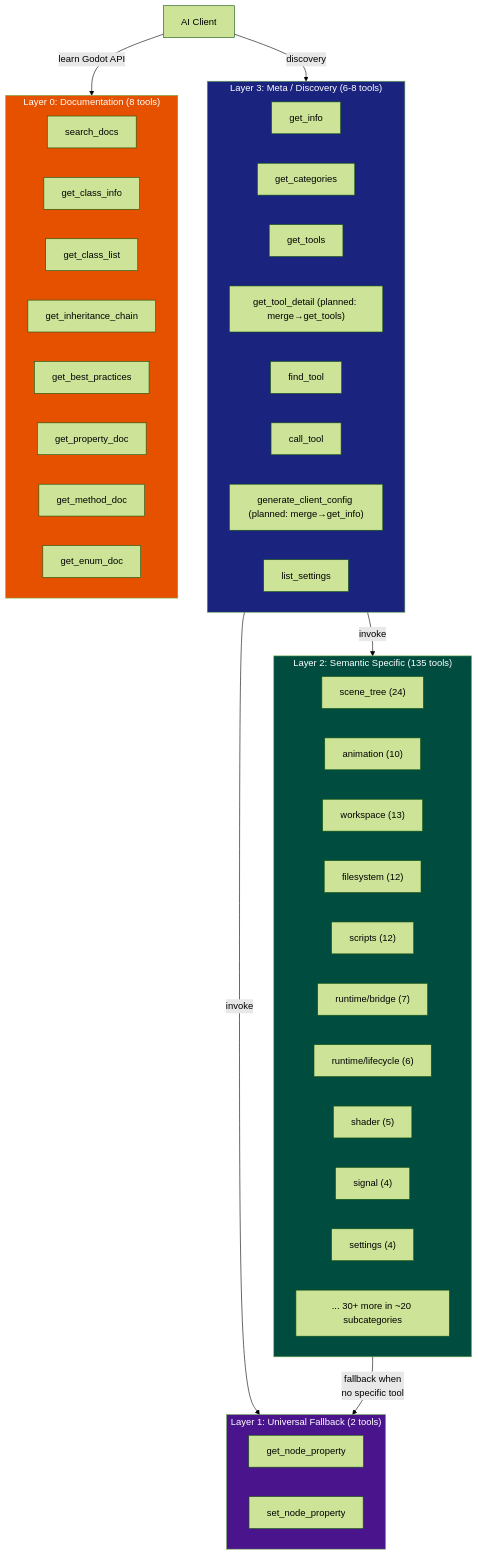
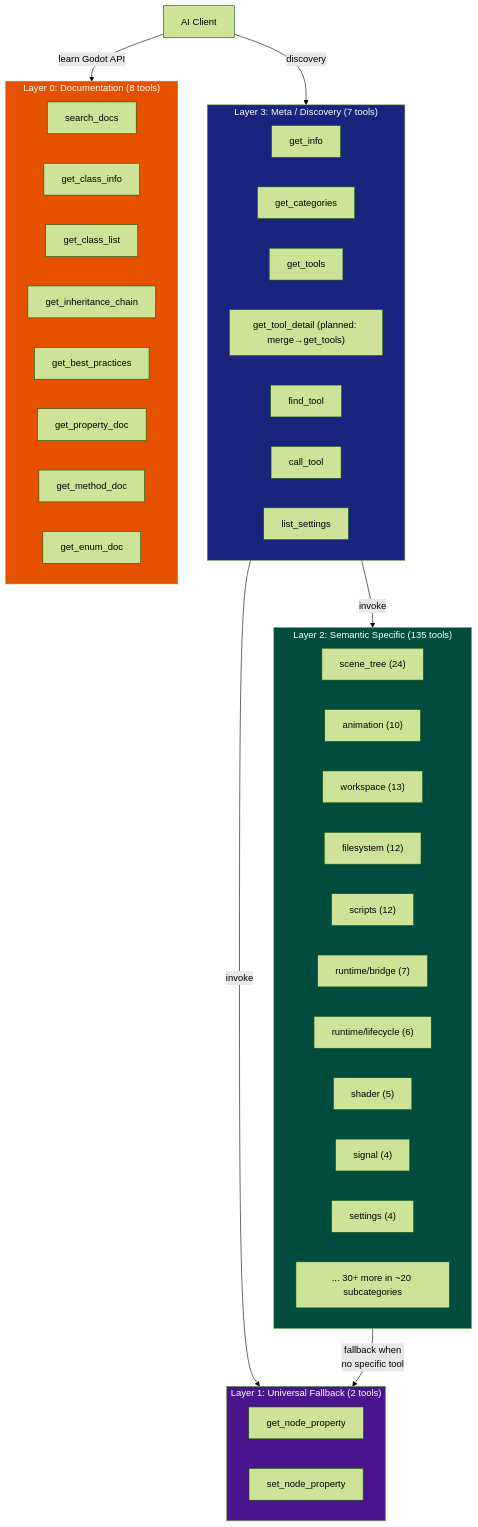
One commit to jesspig/GodotMCP-GDExtension changed the first of 5 diagrams in .repo_wiki/concepts/tool-system-architecture.md. Above: the diagram before and after it, drawn with Mermaid (forest theme). The commit also changed other lines of this file and 16 other files, not shown here.

````diff
--- a/.repo_wiki/concepts/tool-system-architecture.md
+++ b/.repo_wiki/concepts/tool-system-architecture.md
@@ -31,54 +31,53 @@
 ```mermaid
 flowchart TB
-    subgraph Meta["Layer 3: Meta / Discovery (6-8 tools)"]
+    subgraph Meta["Layer 3: Meta / Discovery (7 tools)"]
         M1["get_info"]
         M2["get_categories"]
         M3["get_tools"]
         M4["get_tool_detail (planned: merge→get_tools)"]
         M5["find_tool"]
         M6["call_tool"]
-        M7["generate_client_config (planned: merge→get_info)"]
-        M8["list_settings"]
+        M7["list_settings"]
     end
 
     subgraph Semantic["Layer 2: Semantic Specific (135 tools)"]
         SC["scene_tree (24)"]
         AN["animation (10)"]
         WS["workspace (13)"]
         FS["filesystem (12)"]
         SCRIPT["scripts (12)"]
         BRIDGE["runtime/bridge (7)"]
         LIFE["runtime/lifecycle (6)"]
         SHADER["shader (5)"]
         SIGNAL["signal (4)"]
         SETTINGS["settings (4)"]
         MORE["... 30+ more in ~20 subcategories"]
     end
 
     subgraph Fallback["Layer 1: Universal Fallback (2 tools)"]
         F1["get_node_property"]
         F2["set_node_property"]
     end
 
     subgraph Docs["Layer 0: Documentation (8 tools)"]
         D1["search_docs"]
         D2["get_class_info"]
         D3["get_class_list"]
         D4["get_inheritance_chain"]
         D5["get_best_practices"]
         D6["get_property_doc"]
         D7["get_method_doc"]
         D8["get_enum_doc"]
     end
 
     AI["AI Client"] -->|discovery| Meta
     Meta -->|invoke| Semantic
     Meta -->|invoke| Fallback
     AI -->|learn Godot API| Docs
     Semantic -->|fallback when<br/>no specific tool| Fallback
 
     style Meta fill:#1a237e,color:#fff
     style Semantic fill:#004d40,color:#fff
     style Fallback fill:#4a148c,color:#fff
     style Docs fill:#e65100,color:#fff
 ```
````
